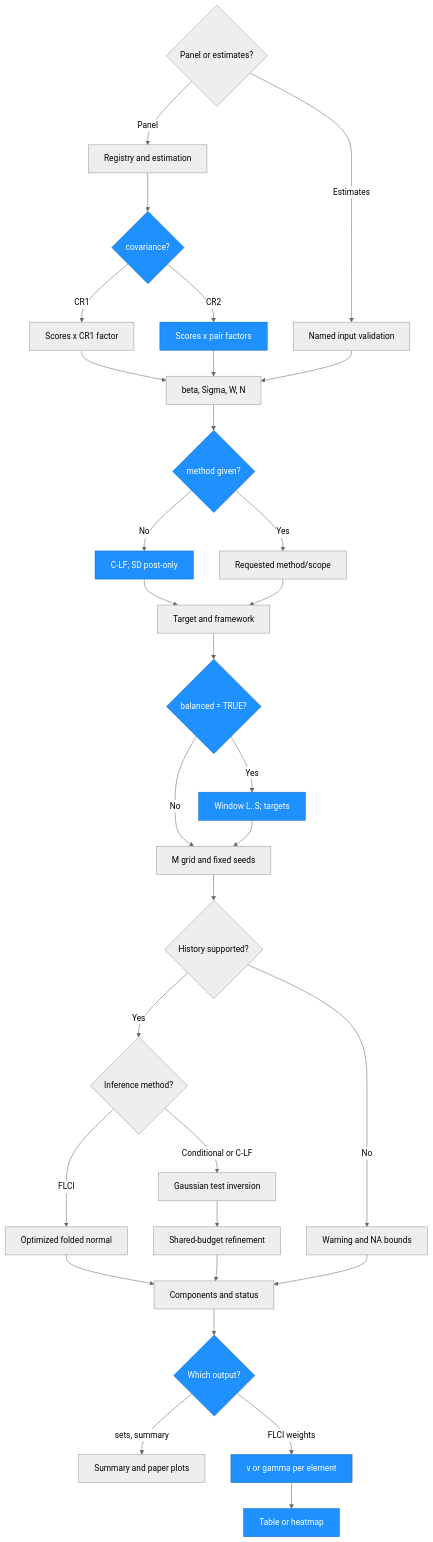
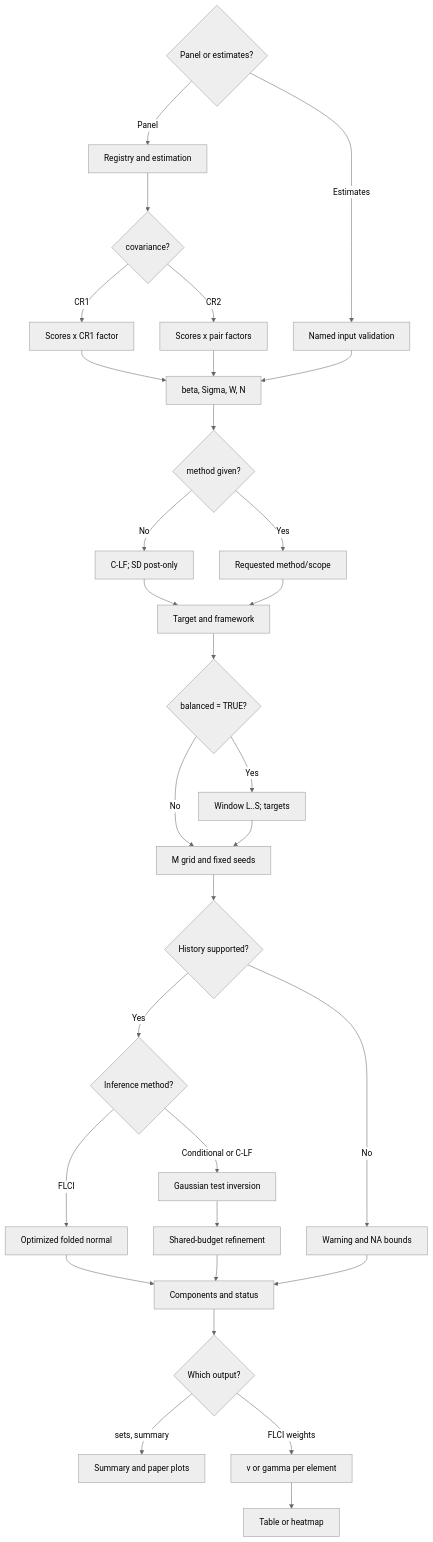
Before and after one commit to lzy318/CohortHonestDiD: the eighth of 8 diagrams in Architecture.md, drawn with Mermaid. The commit also changed other lines of this file and 7 other files, not shown here.

````diff
--- a/Architecture.md
+++ b/Architecture.md
@@ -598,44 +522,35 @@
 ```mermaid
 %%{init: {'theme': 'neutral'}}%%
 graph TD
     Start{"Panel or estimates?"}
     Start -- Panel --> Panel["Registry and estimation"]
     Start -- Estimates --> Ext["Named input validation"]
     Panel --> CovType{"covariance?"}
     CovType -- CR1 --> CR1["Scores x CR1 factor"]
     CovType -- CR2 --> CR2["Scores x pair factors"]
     CR1 --> Fit["beta, Sigma, W, N"]
     CR2 --> Fit
     Ext --> Fit
     Fit --> Given{"method given?"}
     Given -- No --> Default["C-LF; SD post-only"]
     Given -- Yes --> Explicit["Requested method/scope"]
     Default --> Target["Target and framework"]
     Explicit --> Target
     Target --> Balanced{"balanced = TRUE?"}
     Balanced -- Yes --> Window["Window L..S; targets"]
     Balanced -- No --> Tasks["M grid and fixed seeds"]
     Window --> Tasks
     Tasks --> Support{"History supported?"}
     Support -- Yes --> Method{"Inference method?"}
     Support -- No --> Fail["Warning and NA bounds"]
     Method -- FLCI --> FLCI["Optimized folded normal"]
     Method -- Conditional or C-LF --> ARP["Gaussian test inversion"]
     FLCI --> Result["Components and status"]
     ARP --> Refine["Shared-budget refinement"]
     Refine --> Result
     Fail --> Result
     Result --> Output{"Which output?"}
     Output -- sets, summary --> Plot["Summary and paper plots"]
     Output -- FLCI weights --> Weights["v or gamma per element"]
     Weights --> Heat["Table or heatmap"]
-    style CovType fill:#1e90ff,stroke:#1565c0,color:#fff
-    style CR2 fill:#1e90ff,stroke:#1565c0,color:#fff
-    style Given fill:#1e90ff,stroke:#1565c0,color:#fff
-    style Default fill:#1e90ff,stroke:#1565c0,color:#fff
-    style Balanced fill:#1e90ff,stroke:#1565c0,color:#fff
-    style Window fill:#1e90ff,stroke:#1565c0,color:#fff
-    style Output fill:#1e90ff,stroke:#1565c0,color:#fff
-    style Weights fill:#1e90ff,stroke:#1565c0,color:#fff
-    style Heat fill:#1e90ff,stroke:#1565c0,color:#fff
 ```
````
